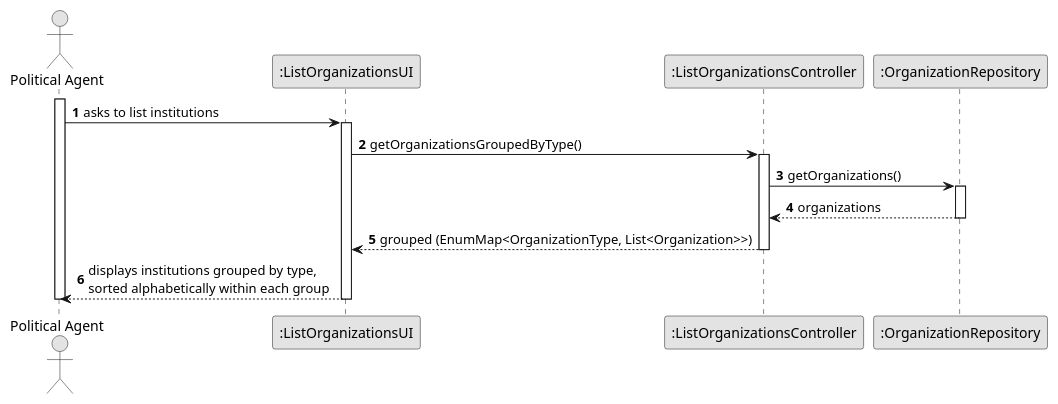
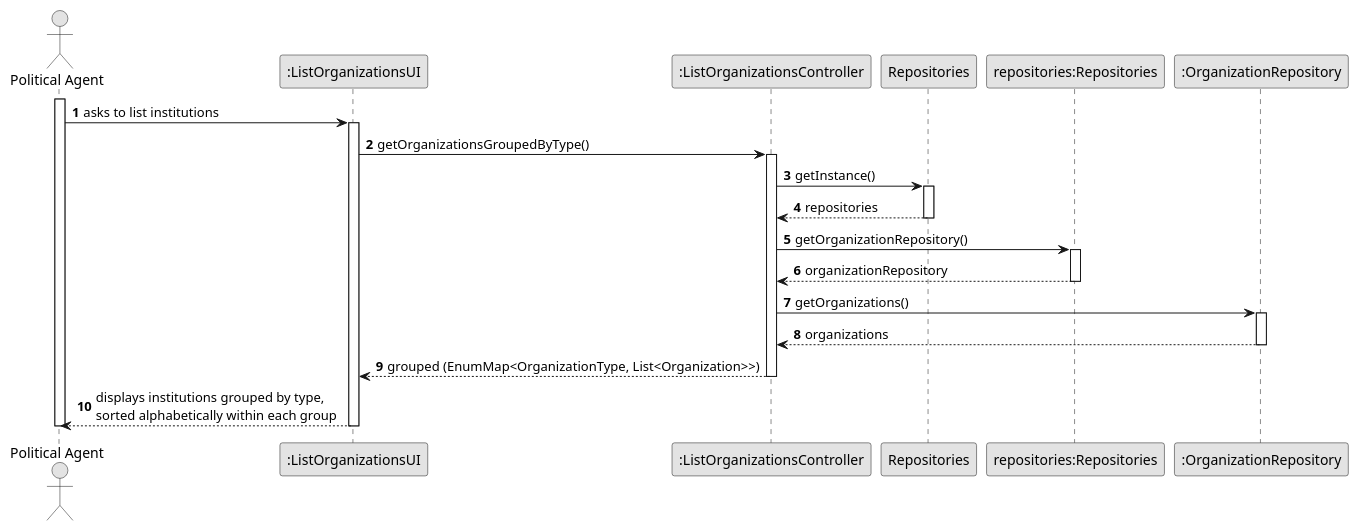
The diagram in docs/system-documentation/US03/03.design/puml/US03-SD.puml (brunodspinto/crystal-clear-platform), drawn with PlantUML before and after one commit. The commit also changed 11 other files, not shown here.

Commit message:
Updated design diagrams and svgs

```diff
--- a/docs/system-documentation/US03/03.design/puml/US03-SD.puml
+++ b/docs/system-documentation/US03/03.design/puml/US03-SD.puml
@@ -1,34 +1,46 @@
 @startuml US03-SD
 skinparam monochrome true
 skinparam packageStyle rectangle
 skinparam shadowing false
 
 autonumber
 
 actor "Political Agent" as PA
 participant ":ListOrganizationsUI" as UI
 participant ":ListOrganizationsController" as CTRL
+participant "Repositories" as REPOS
+participant "repositories:Repositories" as REPOS_SINGLETON
 participant ":OrganizationRepository" as REPO
 
 activate PA
 
     PA -> UI : asks to list institutions
     activate UI
 
         UI -> CTRL : getOrganizationsGroupedByType()
         activate CTRL
+
+            CTRL -> REPOS : getInstance()
+            activate REPOS
+                REPOS --> CTRL : repositories
+            deactivate REPOS
+
+            CTRL -> REPOS_SINGLETON : getOrganizationRepository()
+            activate REPOS_SINGLETON
+                REPOS_SINGLETON --> CTRL : organizationRepository
+            deactivate REPOS_SINGLETON
 
             CTRL -> REPO : getOrganizations()
             activate REPO
                 REPO --> CTRL : organizations
             deactivate REPO
 
             CTRL --> UI : grouped (EnumMap<OrganizationType, List<Organization>>)
         deactivate CTRL
 
         UI --> PA : displays institutions grouped by type,\nsorted alphabetically within each group
     deactivate UI
 
 deactivate PA
 
 @enduml
```
